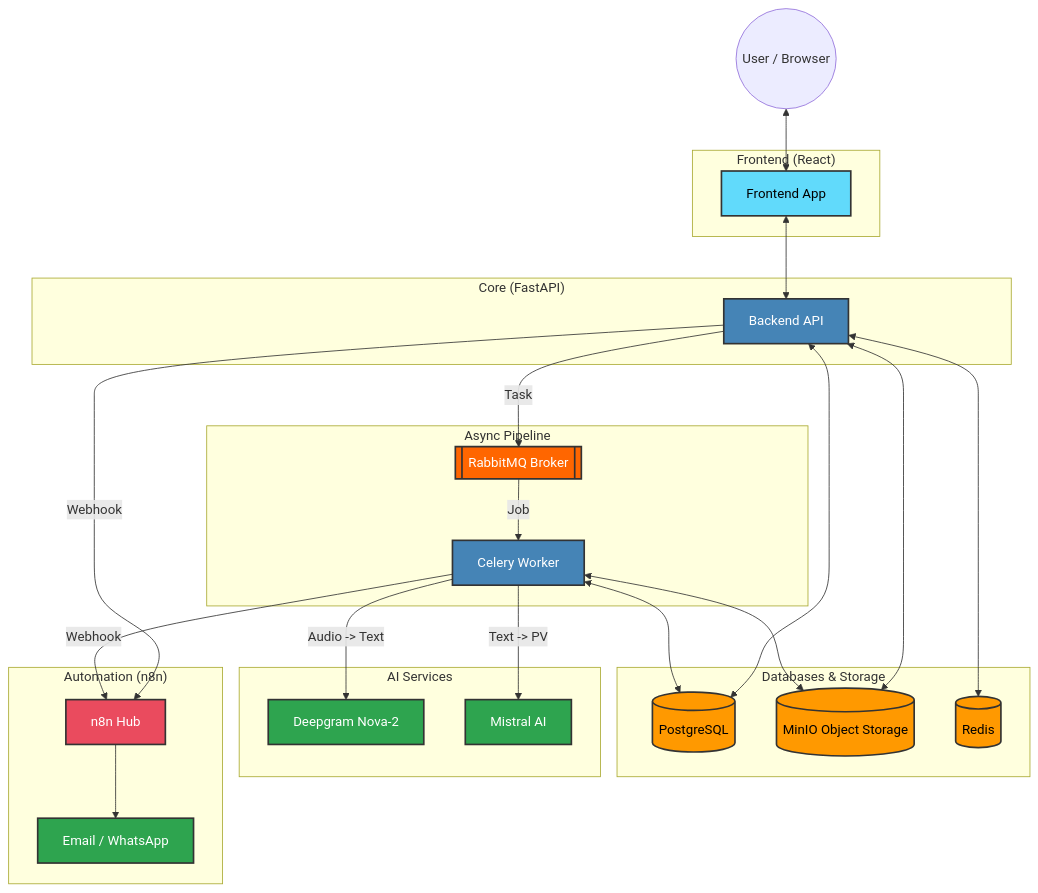
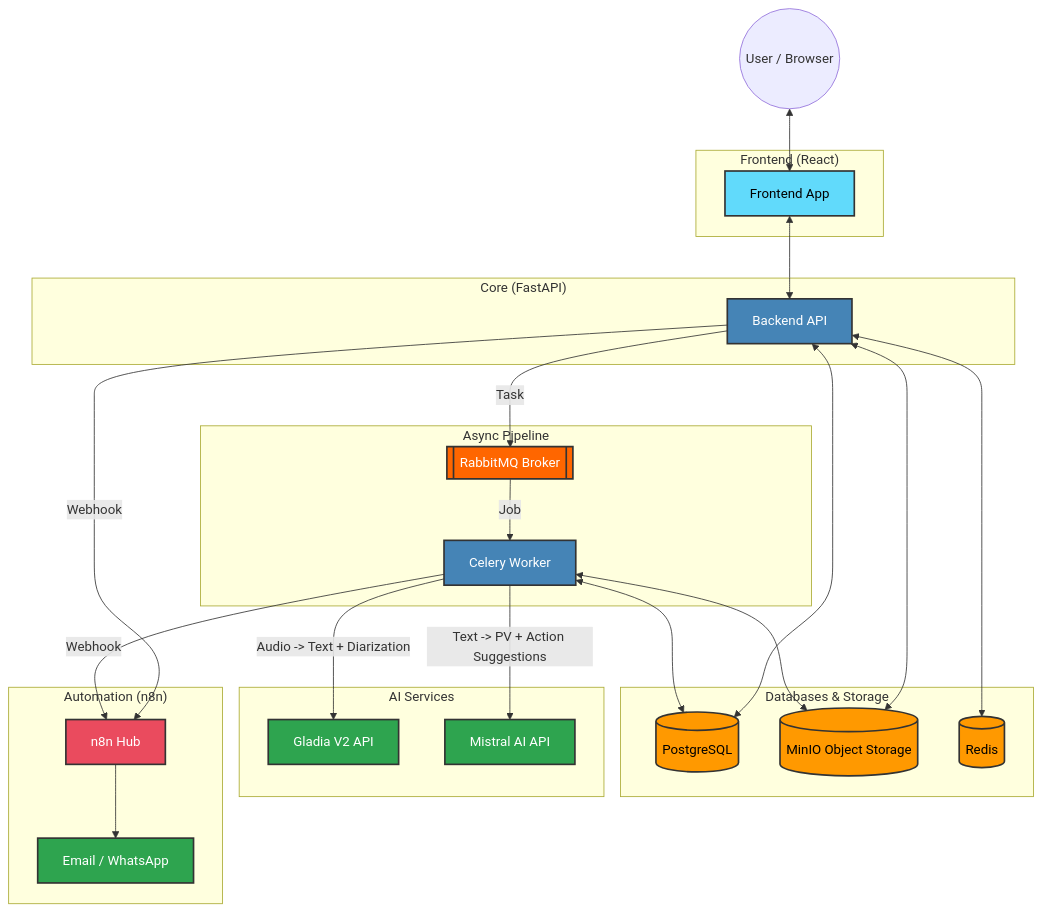
The diagram in docs/ARCHITECTURE.md (abatn/meeting-automation), drawn with Mermaid before and after one commit. The commit also changed other lines of this file and 9 other files, not shown here.

Commit message:
feat(ai): integrate Gladia V2 for unified transcription and speaker diarization

````diff
--- a/docs/ARCHITECTURE.md
+++ b/docs/ARCHITECTURE.md
@@ -11,63 +11,63 @@
 ```mermaid
 graph TD
     %% Styling Definitions
     classDef frontend fill:#61dafb,stroke:#333,stroke-width:2px,color:#000
     classDef backend fill:#4584b6,stroke:#333,stroke-width:2px,color:#fff
     classDef storage fill:#ff9900,stroke:#333,stroke-width:2px,color:#000
     classDef queue fill:#ff6600,stroke:#333,stroke-width:2px,color:#fff
     classDef external fill:#2ea44f,stroke:#333,stroke-width:2px,color:#fff
     classDef n8n fill:#ea4b5e,stroke:#333,stroke-width:2px,color:#fff
 
     %% Components
     User((User / Browser))
     
     subgraph "Frontend (React)"
         UI[Frontend App]:::frontend
     end
 
     subgraph "Core (FastAPI)"
         API[Backend API]:::backend
     end
 
     subgraph "Databases & Storage"
         DB[(PostgreSQL)]:::storage
         S3[(MinIO Object Storage)]:::storage
         Cache[(Redis)]:::storage
     end
 
     subgraph "Async Pipeline"
         Broker[[RabbitMQ Broker]]:::queue
         Worker[Celery Worker]:::backend
     end
 
     subgraph "AI Services"
-        Deepgram[Deepgram Nova-2]:::external
-        Mistral[Mistral AI]:::external
+        Gladia[Gladia V2 API]:::external
+        Mistral[Mistral AI API]:::external
     end
 
     subgraph "Automation (n8n)"
         N8N[n8n Hub]:::n8n
         Email[Email / WhatsApp]:::external
     end
 
     %% Connections
     User <--> UI
     UI <--> API
     
     API <--> DB
     API <--> S3
     API <--> Cache
     
     API -- "Task" --> Broker
     Broker -- "Job" --> Worker
     
     Worker <--> S3
     Worker <--> DB
     
-    Worker -- "Audio -> Text" --> Deepgram
-    Worker -- "Text -> PV" --> Mistral
+    Worker -- "Audio -> Text + Diarization" --> Gladia
+    Worker -- "Text -> PV + Action Suggestions" --> Mistral
     
     API -- "Webhook" --> N8N
     Worker -- "Webhook" --> N8N
     N8N --> Email
 ```
````
